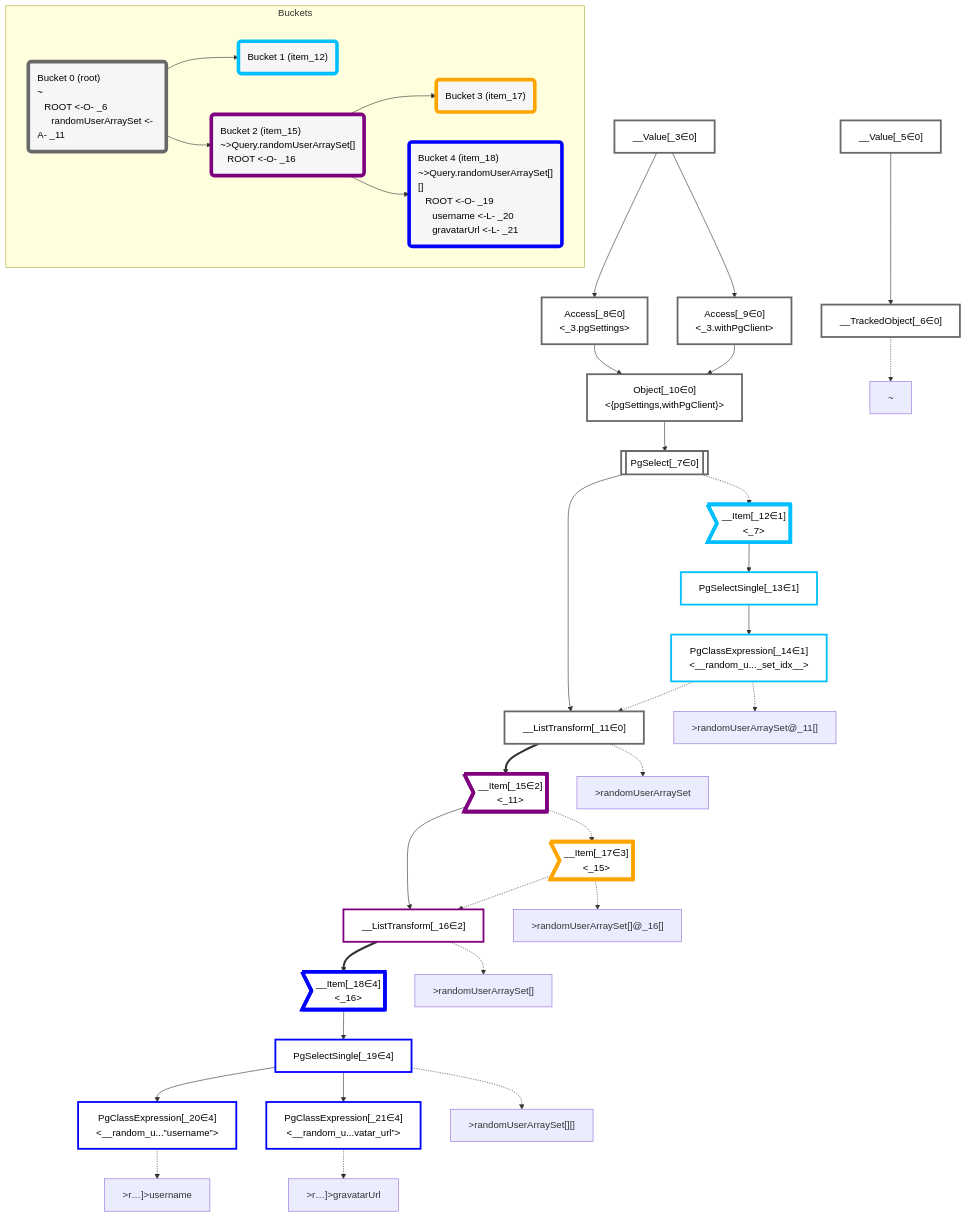
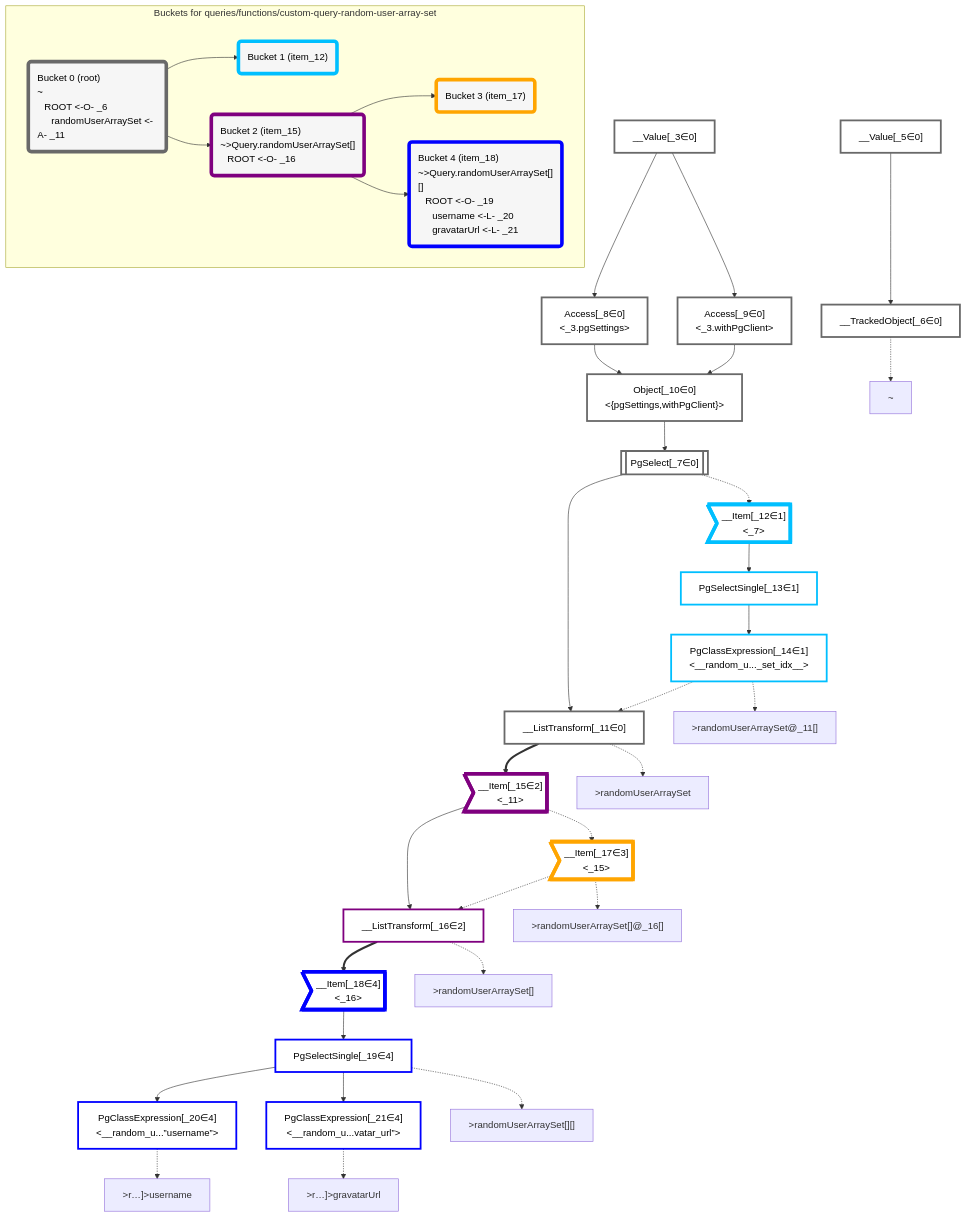
Before and after one commit to graphile/crystal: the diagram in packages/dataplan-pg/__tests__/queries/functions/custom-query-random-user-array-set.deopt.mermaid.md, drawn with Mermaid. The commit also changed 195 other files, not shown here.

```diff
--- a/packages/dataplan-pg/__tests__/queries/functions/custom-query-random-user-array-set.deopt.mermaid.md
+++ b/packages/dataplan-pg/__tests__/queries/functions/custom-query-random-user-array-set.deopt.mermaid.md
@@ -78,7 +78,7 @@
     classDef bucket4 stroke:#0000ff
     class __Item_18,PgSelectSingle_19,PgClassExpression_20,PgClassExpression_21 bucket4
 
-    subgraph Buckets
+    subgraph "Buckets for queries/functions/custom-query-random-user-array-set"
     Bucket0("Bucket 0 (root)<br />~<br />⠀ROOT <-O- _6<br />⠀⠀randomUserArraySet <-A- _11"):::bucket
     style Bucket0 stroke:#696969
     Bucket1("Bucket 1 (item_12)"):::bucket
```
